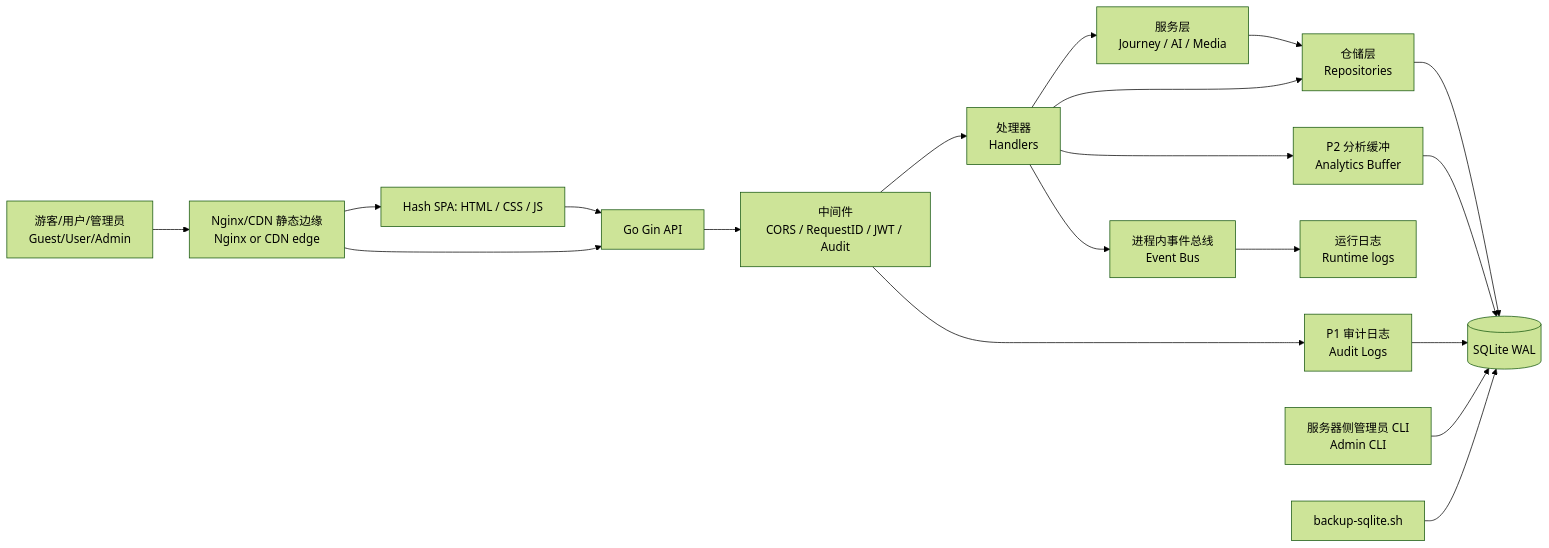
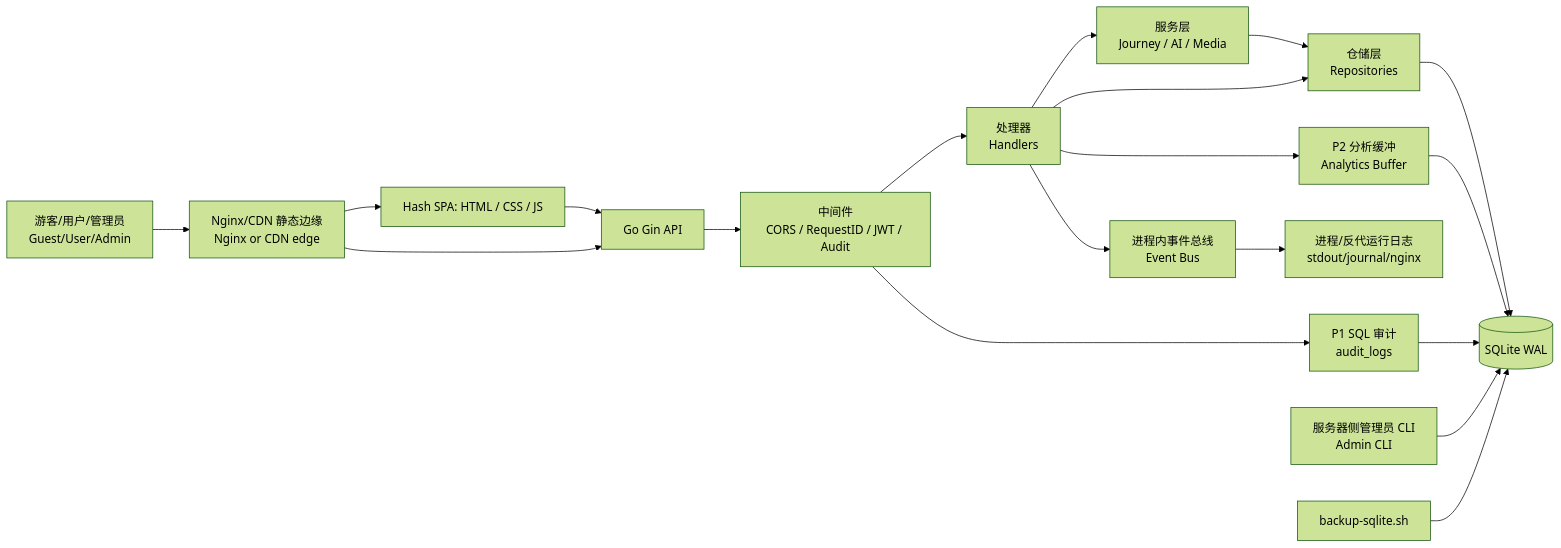
Before and after one commit to LibertychaserUS/100-journeys: the diagram in docs/generated/system-dag.mmd, drawn with Mermaid (forest theme). The commit also changed 55 other files, not shown here.

```diff
--- a/docs/generated/system-dag.mmd
+++ b/docs/generated/system-dag.mmd
@@ -1,19 +1,19 @@
 flowchart LR
     user["游客/用户/管理员<br/>Guest/User/Admin"] --> nginx["Nginx/CDN 静态边缘<br/>Nginx or CDN edge"]
     nginx --> spa["Hash SPA: HTML / CSS / JS"]
     nginx --> api["Go Gin API"]
     spa --> api
     api --> mw["中间件<br/>CORS / RequestID / JWT / Audit"]
     mw --> handlers["处理器<br/>Handlers"]
     handlers --> services["服务层<br/>Journey / AI / Media"]
     handlers --> repos["仓储层<br/>Repositories"]
     services --> repos
     repos --> sqlite[("SQLite WAL")]
     handlers --> buffer["P2 分析缓冲<br/>Analytics Buffer"]
     buffer --> sqlite
-    mw --> audit["P1 审计日志<br/>Audit Logs"]
+    mw --> audit["P1 SQL 审计<br/>audit_logs"]
     audit --> sqlite
     handlers --> eventbus["进程内事件总线<br/>Event Bus"]
-    eventbus --> logs["运行日志<br/>Runtime logs"]
+    eventbus --> logs["进程/反代运行日志<br/>stdout/journal/nginx"]
     admin["服务器侧管理员 CLI<br/>Admin CLI"] --> sqlite
     backup["backup-sqlite.sh"] --> sqlite
```
